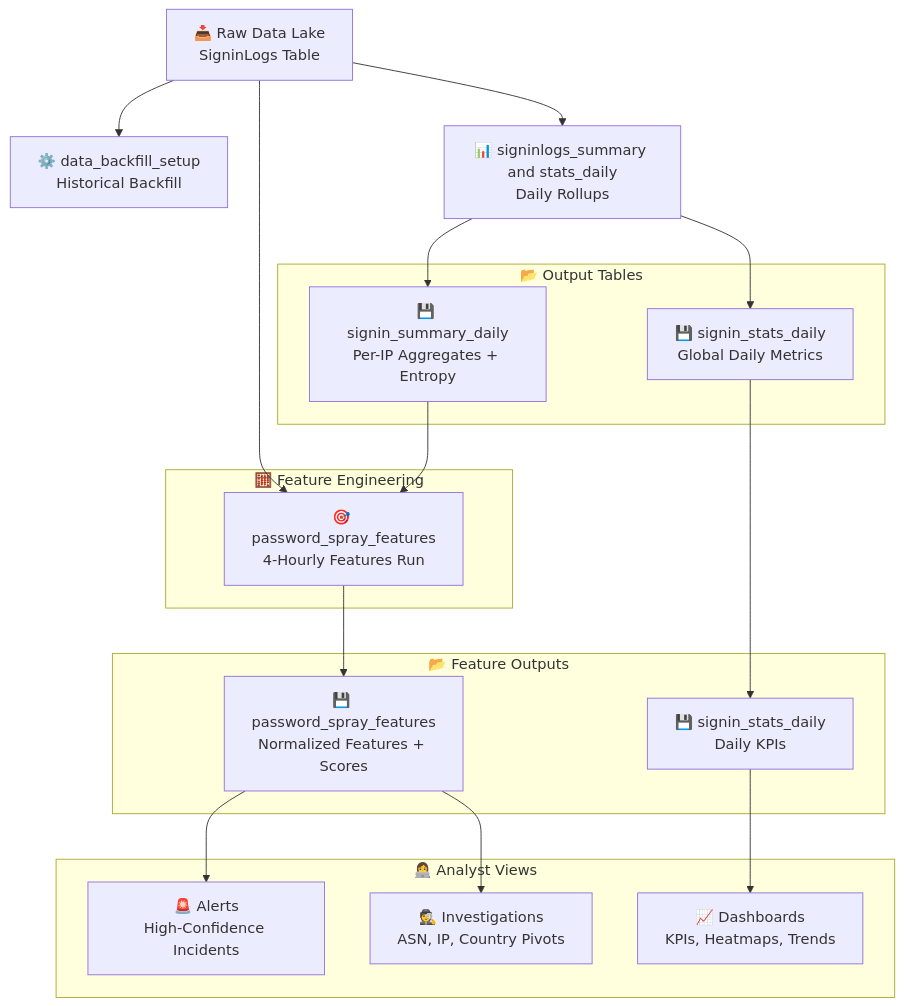
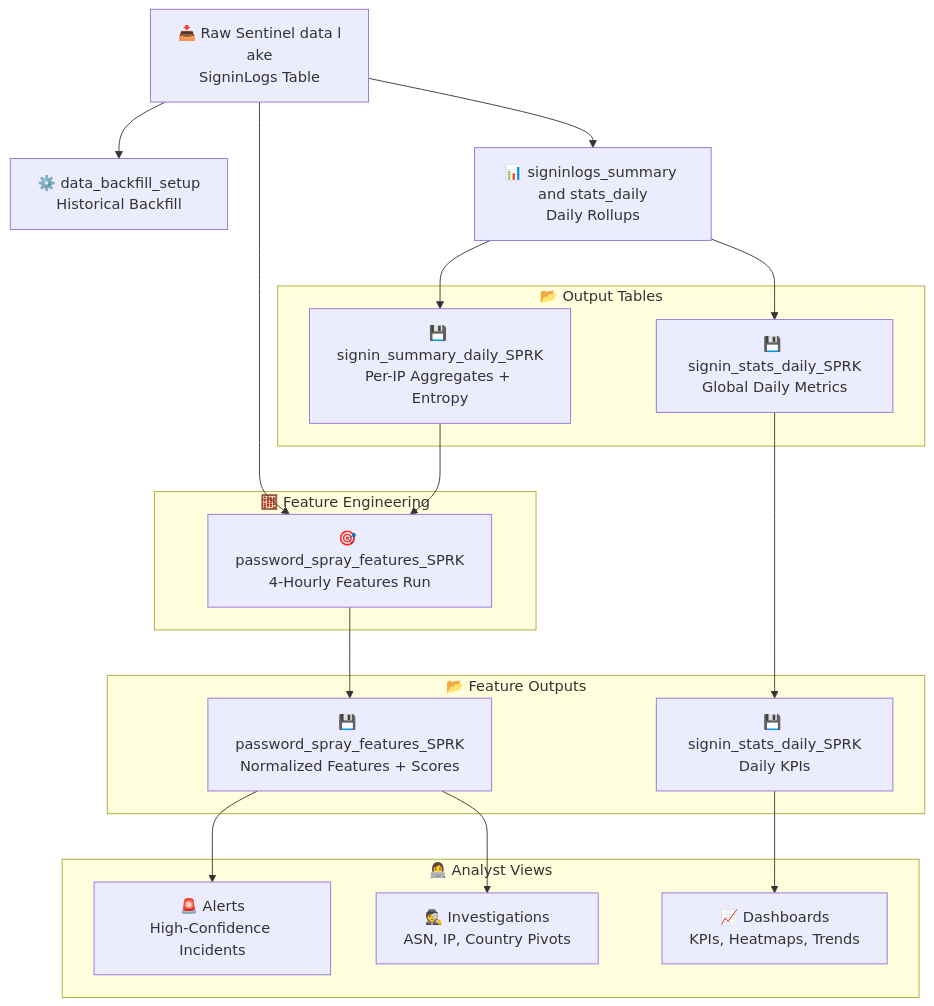
Before and after one commit to microsoft/Sentinel: the diagram in data lake/notebooks/PasswordSpray/README.md, drawn with Mermaid. The commit also changed other lines of this file and 4 other files, not shown here.

````diff
--- a/data lake/notebooks/PasswordSpray/README.md
+++ b/data lake/notebooks/PasswordSpray/README.md
@@ -49,45 +49,46 @@
 ```mermaid
 flowchart TD
     %% Raw Data
-    A[📥 Raw Data Lake<br/>SigninLogs Table]
+    A[📥 Raw Sentinel data l
+    ake<br/>SigninLogs Table]
 
     %% Backfill
     A --> B[⚙️ data_backfill_setup<br/>Historical Backfill]
 
     %% Daily Summary
     A --> C[📊 signinlogs_summary and stats_daily<br/>Daily Rollups]
 
     %% Output Tables from Daily Summary
     subgraph OutputTables[📂 Output Tables]
-        D1[💾 signin_summary_daily<br/>Per-IP Aggregates + Entropy]
-        D2[💾 signin_stats_daily<br/>Global Daily Metrics]
+        D1[💾 signin_summary_daily_SPRK<br/>Per-IP Aggregates + Entropy]
+        D2[💾 signin_stats_daily_SPRK<br/>Global Daily Metrics]
     end
     C --> D1
     C --> D2
 
     %% Feature Notebook
     subgraph FeatureEngineering[🧮 Feature Engineering]
-        E[🎯 password_spray_features<br/>4-Hourly Features Run]
+        E[🎯 password_spray_features_SPRK<br/>4-Hourly Features Run]
     end
     A --> E
     D1 --> E
 
     %% Outputs from Features
     subgraph FeatureOutputs[📂 Feature Outputs]
-        F1[💾 password_spray_features<br/>Normalized Features + Scores]
-        F2[💾 signin_stats_daily<br/>Daily KPIs]
+        F1[💾 password_spray_features_SPRK<br/>Normalized Features + Scores]
+        F2[💾 signin_stats_daily_SPRK<br/>Daily KPIs]
     end
     E --> F1
     D2 --> F2
 
     %% Analyst Views
     subgraph AnalystViews[👩‍💻 Analyst Views]
         G1[🚨 Alerts<br/>High-Confidence Incidents]
         G2[🕵️ Investigations<br/>ASN, IP, Country Pivots]
         G3[📈 Dashboards<br/>KPIs, Heatmaps, Trends]
     end
     F1 --> G1
     F1 --> G2
     F2 --> G3
 
 ```
````
